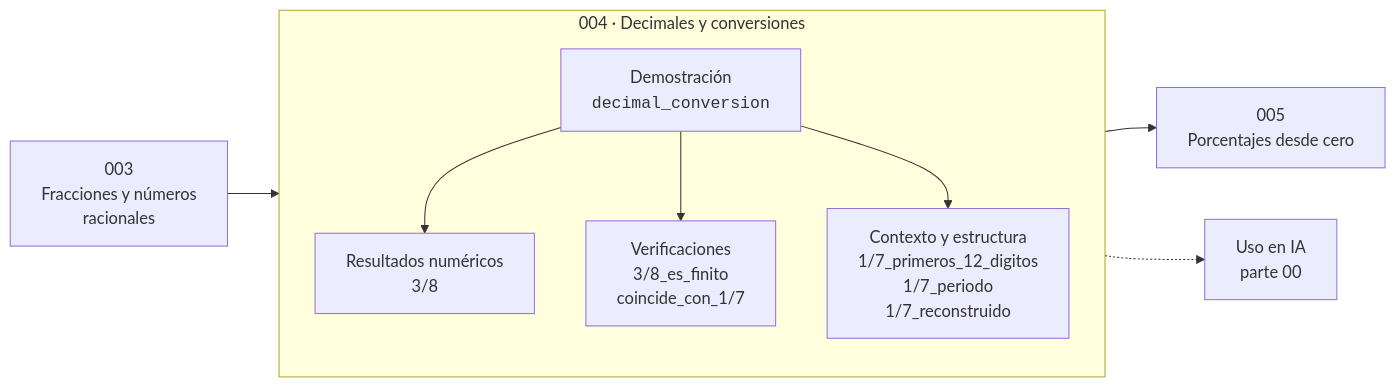
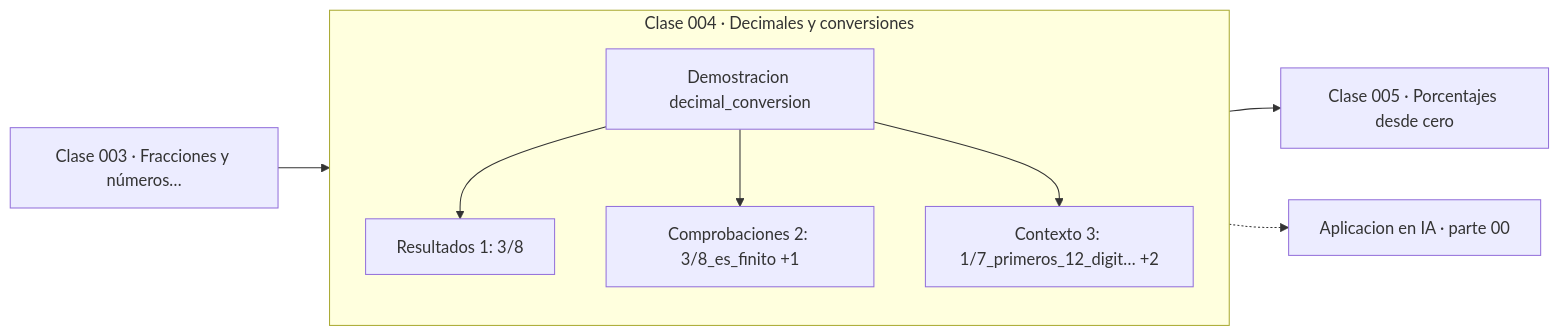
One commit to vladimiracunadev-create/computational-mathematics-program changed the diagram in classes/part-00-pensamiento-matematico-desde-cero/004-decimales-y-conversiones/README.md. Above: the diagram before and after it, drawn with Mermaid. The commit also changed 389 other files, not shown here.

First line of the commit message:
fix(diagramas): elimina el HTML de las etiquetas Mermaid

````diff
--- a/classes/part-00-pensamiento-matematico-desde-cero/004-decimales-y-conversiones/README.md
+++ b/classes/part-00-pensamiento-matematico-desde-cero/004-decimales-y-conversiones/README.md
@@ -35,12 +35,13 @@
 ```mermaid
 flowchart LR
-    P["003<br/>Fracciones y números<br/>racionales"] --> C
-    subgraph C["004 · Decimales y conversiones"]
+    P["Clase 003 · Fracciones y números…"] --> D
+    subgraph CLASE["Clase 004 · Decimales y conversiones"]
         direction TB
-        D["Demostración<br/><code>decimal_conversion</code>"] --> R["Resultados numéricos<br/>3/8"]
-        D --> V["Verificaciones<br/>3/8_es_finito<br/>coincide_con_1/7"]
-        D --> O["Contexto y estructura<br/>1/7_primeros_12_digitos<br/>1/7_periodo<br/>1/7_reconstruido"]
+        D["Demostracion decimal_conversion"]
+        D --> R["Resultados 1: 3/8"]
+        D --> V["Comprobaciones 2: 3/8_es_finito +1"]
+        D --> O["Contexto 3: 1/7_primeros_12_digit… +2"]
     end
-    C --> N["005<br/>Porcentajes desde cero"]
-    C -.-> IA["Uso en IA<br/>parte 00"]
+    R --> N["Clase 005 · Porcentajes desde cero"]
+    V -.-> IA["Aplicacion en IA · parte 00"]
 ```
````
